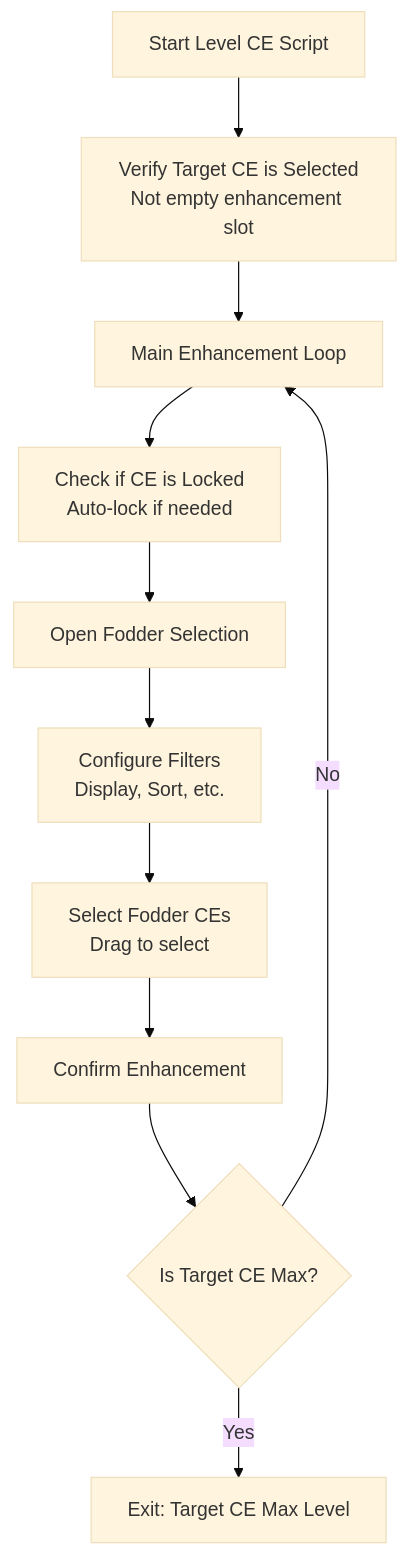
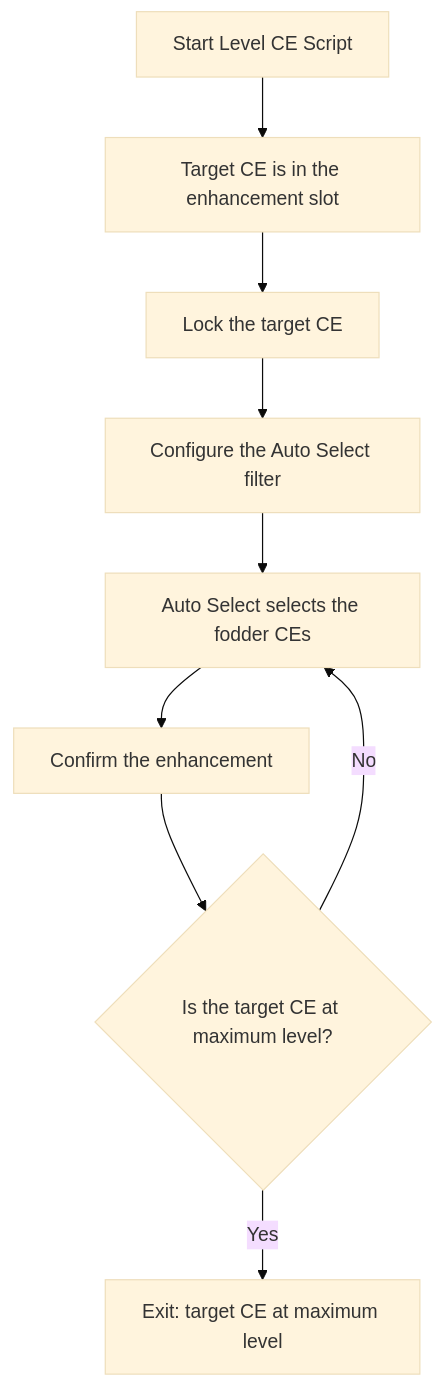
The diagram in docs/scripts/auto-level-ce.md (ArthurKun21/FGA-Preview-Build), drawn with Mermaid (base theme) before and after one commit. The commit also changed other lines of this file and 164 other files, not shown here.

````diff
--- a/docs/scripts/auto-level-ce.md
+++ b/docs/scripts/auto-level-ce.md
@@ -34,13 +40,11 @@
 ```mermaid
 flowchart TD
-    A[Start Level CE Script] --> B[Verify Target CE is Selected<br/>Not empty enhancement slot]
-    B --> C[Main Enhancement Loop]
-    C --> D[Check if CE is Locked<br/>Auto-lock if needed]
-    D --> E[Open Fodder Selection]
-    E --> F[Configure Filters<br/>Display, Sort, etc.]
-    F --> G[Select Fodder CEs<br/>Drag to select]
-    G --> H[Confirm Enhancement]
-    H --> I{Is Target CE Max?}
-    I -->|No| C
-    I -->|Yes| J[Exit: Target CE Max Level]
+    A[Start Level CE Script] --> B[Target CE is in the enhancement slot]
+    B --> C[Lock the target CE]
+    C --> D[Configure the Auto Select filter]
+    D --> E[Auto Select selects the fodder CEs]
+    E --> F[Confirm the enhancement]
+    F --> G{Is the target CE at maximum level?}
+    G -->|No| E
+    G -->|Yes| H[Exit: target CE at maximum level]
 ```
````
